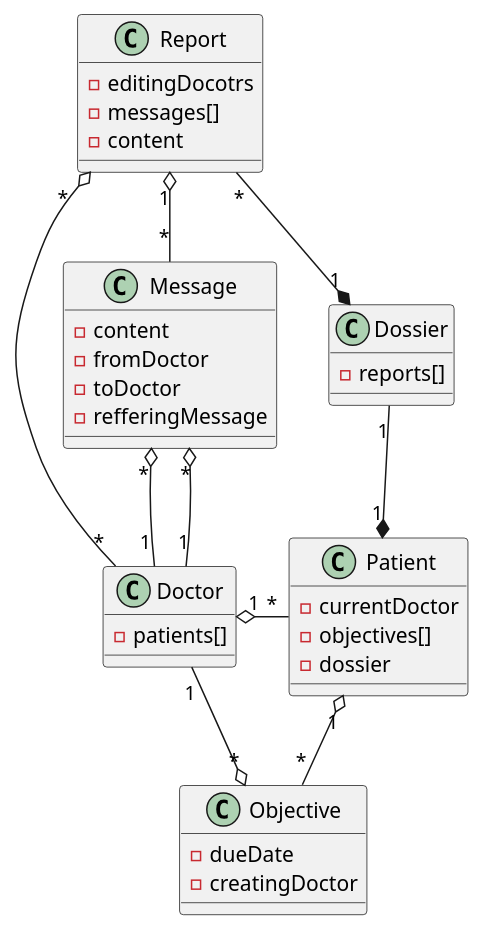
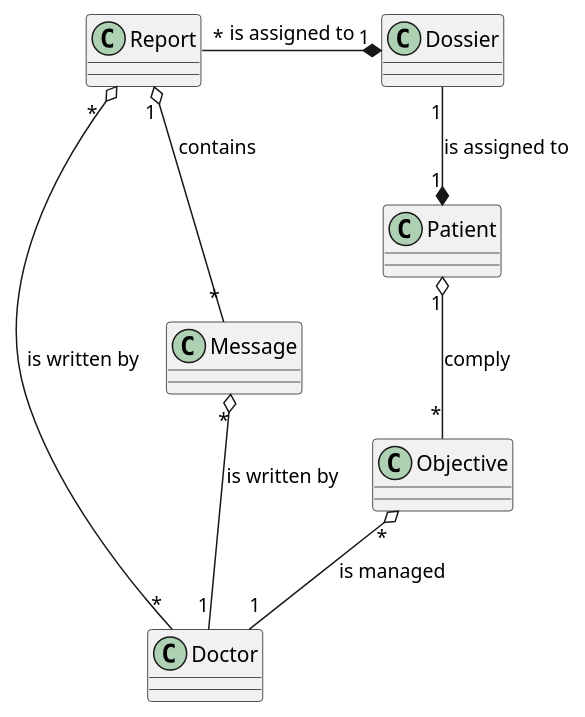
Before and after one commit to thetractor/ch.bfh.bti7081.s2019.orange: the diagram in doc/task4/domainModel.puml, drawn with PlantUML. The commit also changed 4 other files, not shown here.

```diff
--- a/doc/task4/domainModel.puml
+++ b/doc/task4/domainModel.puml
@@ -1,45 +1,25 @@
 @startuml
 
 class Doctor{
-    -patients[]
+}
+class Patient{
+}
+class Objective{
+}
+class Report{
+}
+class Dossier{
+}
+class Message{
 }
 
-class Patient{
-    -currentDoctor
-    -objectives[]
-    -dossier
-}
 
-class Objective{
-    -dueDate
-    -creatingDoctor
-}
-
-class Report{
-    -editingDocotrs
-    -messages[]
-    -content
-}
-
-class Dossier{
-    -reports[]
-}
-
-class Message{
-    -content
-    -fromDoctor
-    -toDoctor
-    -refferingMessage
-}
-
-Objective "*" o-- "1" Doctor
-Doctor "1" o- "*" Patient
-Patient "1" o-- "*" Objective
-Report " *  " o-- "*" Doctor
-Report "1" o-- "*" Message
-Message "*" o-- "1" Doctor
-Message "*" o-- "1" Doctor
-Dossier "1" --* "1" Patient
-Report "*" -* "1" Dossier
+Report " *  " o-- "*" Doctor : is written by
+Message "*" o-- "1" Doctor : is written by
+Report "*" -* "1" Dossier : is assigned to
+Objective "*" o-- "1" Doctor : is managed
+Patient "1" o-- "*" Objective  : comply
+Report "1" o-- "*" Message : contains
+Dossier "1" --* "1" Patient : is assigned to
 
 @enduml
```
